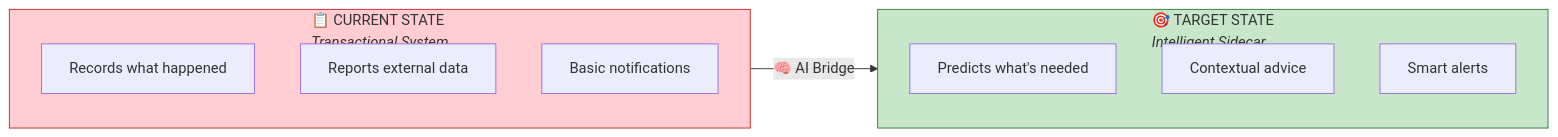
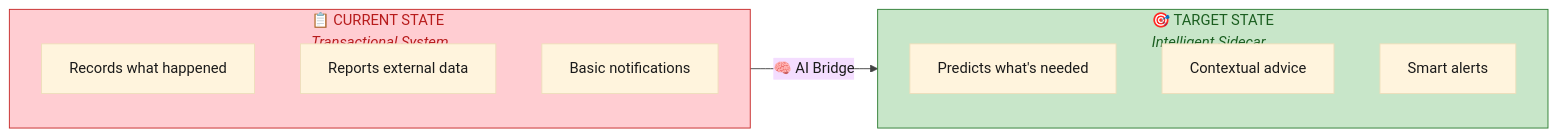
One commit to Px8Studio/yonja changed the first of 9 diagrams in docs/zekalab/02-GAP-ANALYSIS.md. Above: the diagram before and after it, drawn with Mermaid. The commit also changed other lines of this file and 2 other files, not shown here.

Commit message:
Refine styling in architecture diagrams for improved clarity and consistency

````diff
--- a/docs/zekalab/02-GAP-ANALYSIS.md
+++ b/docs/zekalab/02-GAP-ANALYSIS.md
@@ -9,19 +9,20 @@
 ```mermaid
+%%{init: {'theme': 'base', 'themeVariables': { 'primaryTextColor': '#1a1a1a', 'lineColor': '#424242'}}}%%
 graph LR
     subgraph current["📋 CURRENT STATE<br/><i>Transactional System</i>"]
         record["Records what happened"]
         report["Reports external data"]
         notify["Basic notifications"]
     end
     
     subgraph target["🎯 TARGET STATE<br/><i>Intelligent Sidecar</i>"]
         predict["Predicts what's needed"]
         advise["Contextual advice"]
         alert["Smart alerts"]
     end
     
     current -->|"🧠 AI Bridge"| target
     
-    style current fill:#ffcdd2,stroke:#c62828
-    style target fill:#c8e6c9,stroke:#2e7d32
+    style current fill:#ffcdd2,stroke:#c62828,color:#b71c1c
+    style target fill:#c8e6c9,stroke:#2e7d32,color:#1b5e20
 ```
````
